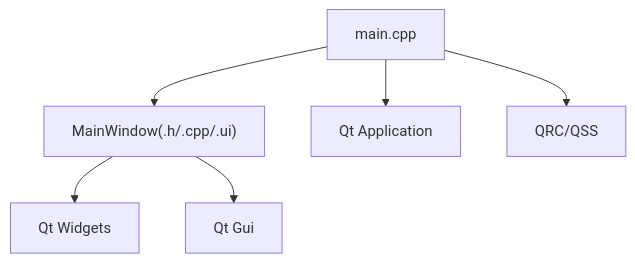
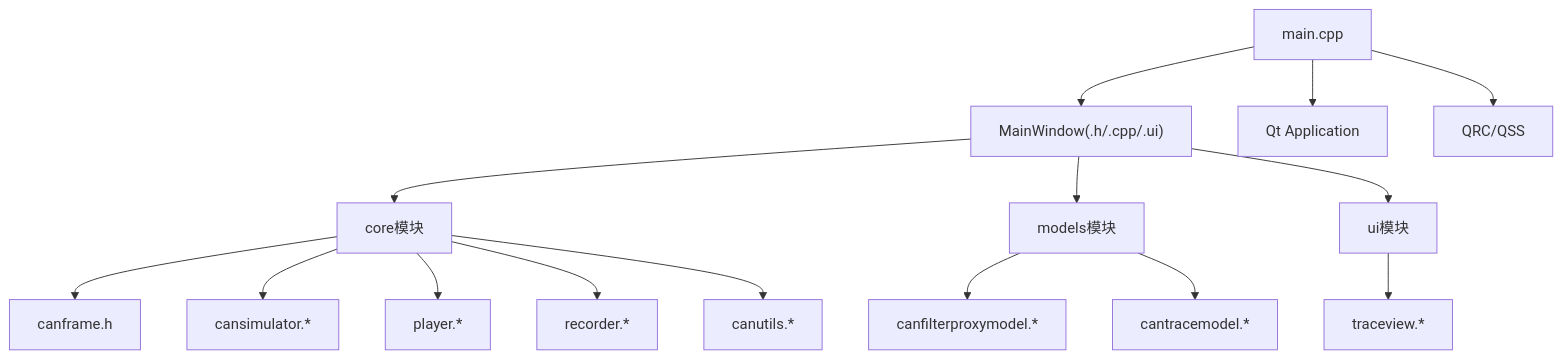
The fifth of 5 diagrams in .qoder/repowiki/zh/content/核心模块详解/核心模块详解.md (jakecai1225-design/OpenBus), drawn with Mermaid before and after one commit. The commit also changed other lines of this file and 31 other files, not shown here.

````diff
--- a/.qoder/repowiki/zh/content/核心模块详解/核心模块详解.md
+++ b/.qoder/repowiki/zh/content/核心模块详解/核心模块详解.md
@@ -253,8 +440,17 @@
 ```mermaid
 graph TB
 Main["main.cpp"] --> Win["MainWindow(.h/.cpp/.ui)"]
-Win --> QtW["Qt Widgets"]
-Win --> QtG["Qt Gui"]
+Win --> Core["core模块"]
+Win --> Models["models模块"]
+Win --> UI["ui模块"]
+Core --> CanFrame["canframe.h"]
+Core --> Simulator["cansimulator.*"]
+Core --> Player["player.*"]
+Core --> Recorder["recorder.*"]
+Models --> FilterModel["canfilterproxymodel.*"]
+Models --> TraceModel["cantracemodel.*"]
+UI --> TraceView["traceview.*"]
+Core --> Utils["canutils.*"]
 Main --> QtA["Qt Application"]
 Main --> Res["QRC/QSS"]
 ```
````
